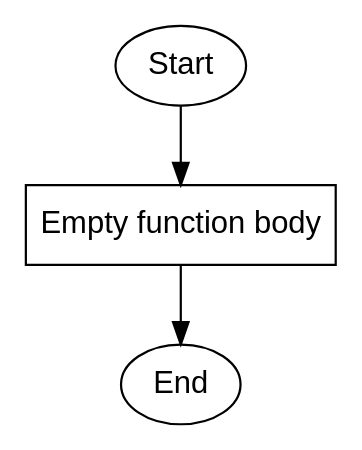
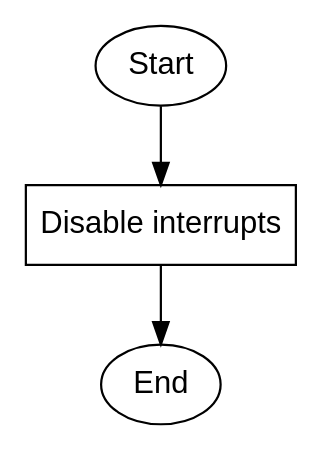
The diagram in quinta/adpcm/int_disable.dot (Lucas170620/prompts-infeasible-path-AI-detecting-repository), drawn with Graphviz before and after one commit. The commit also changed 136 other files, not shown here.

```diff
--- a/quinta/adpcm/int_disable.dot
+++ b/quinta/adpcm/int_disable.dot
@@ -1,12 +1,12 @@
 digraph int_disable {
     rankdir=TB;
     node [shape=box, fontname=Arial];
     edge [fontname=Arial];
 
     start [label="Start", shape=ellipse];
     end [label="End", shape=ellipse];
-    empty_function [label="Empty function body"];
+    disable_int [label="Disable interrupts", shape=box];
 
-    start -> empty_function;
-    empty_function -> end;
+    start -> disable_int;
+    disable_int -> end;
 }
```
